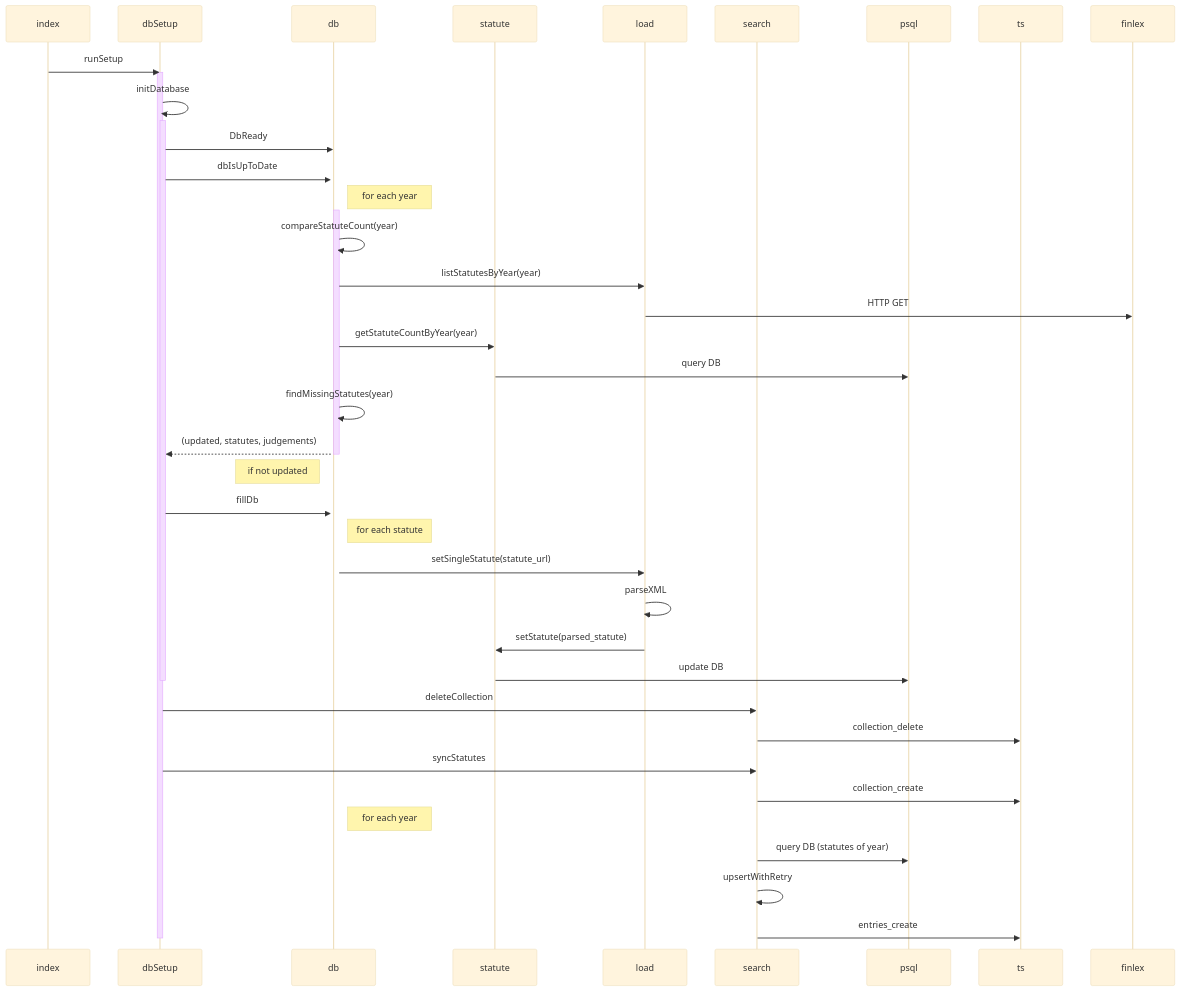
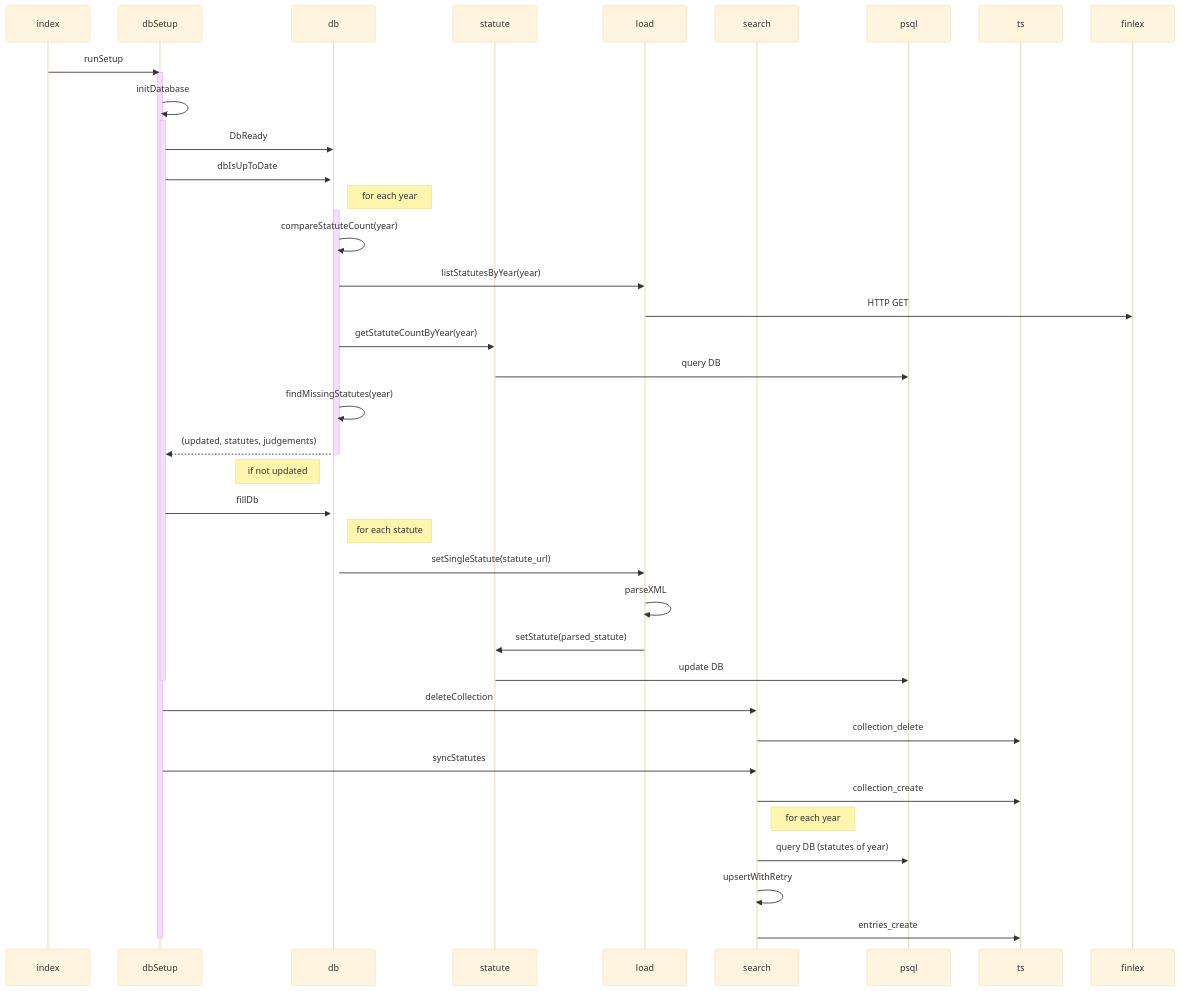
One commit to UniversityOfHelsinkiCS/finlex changed the diagram in README.md. Above: the diagram before and after it, drawn with Mermaid (base theme).

Commit message:
sequence diagram on db synch

````diff
--- a/README.md
+++ b/README.md
@@ -18,47 +18,47 @@
 ```mermaid
 sequenceDiagram
   participant index
   participant dbSetup
   participant db
   participant statute
   participant load
   participant search
   participant psql
   participant ts
   participant finlex
 
   index ->> dbSetup: runSetup
   activate dbSetup
   dbSetup ->> dbSetup: initDatabase
   activate dbSetup
   dbSetup ->> db: DbReady
   dbSetup ->>+ db: dbIsUpToDate
   Note right of db: for each year
   activate db
   db ->> db: compareStatuteCount(year)
   db ->> load: listStatutesByYear(year)
   load ->> finlex: HTTP GET
   db ->> statute: getStatuteCountByYear(year)
   statute ->> psql: query DB
   db ->> db: findMissingStatutes(year)
   db -->> dbSetup: (updated, statutes, judgements)
   deactivate db
   Note left of db: if not updated
   dbSetup ->> db: fillDb
   activate db
   Note right of db: for each statute
   db ->> load: setSingleStatute(statute_url)
   load ->> load: parseXML
   load ->> statute: setStatute(parsed_statute)
   statute ->> psql: update DB
   deactivate dbSetup
   dbSetup ->> search: deleteCollection
   search ->> ts: collection_delete
   dbSetup ->> search: syncStatutes
   search ->> ts: collection_create
-  Note right of db: for each year
+  Note right of search: for each year
   search ->> psql: query DB (statutes of year)
   search ->> search: upsertWithRetry
   search ->> ts: entries_create
   deactivate dbSetup
 ```
````
